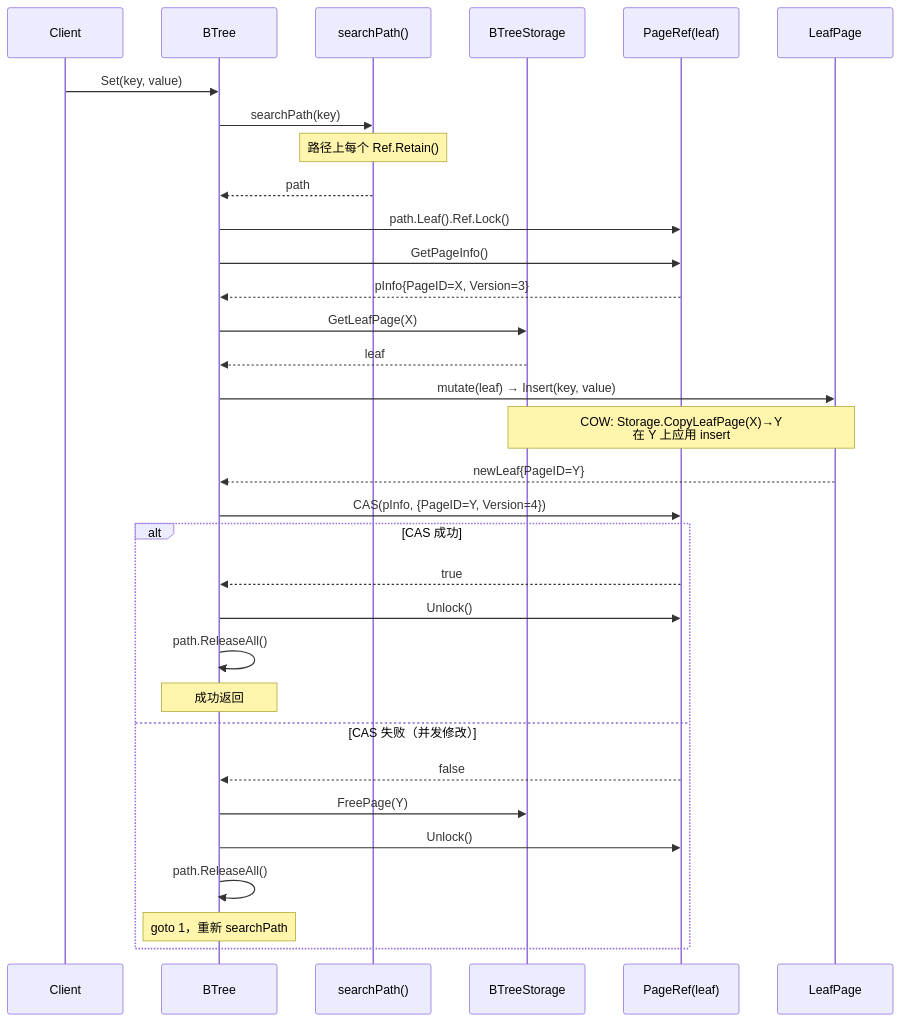
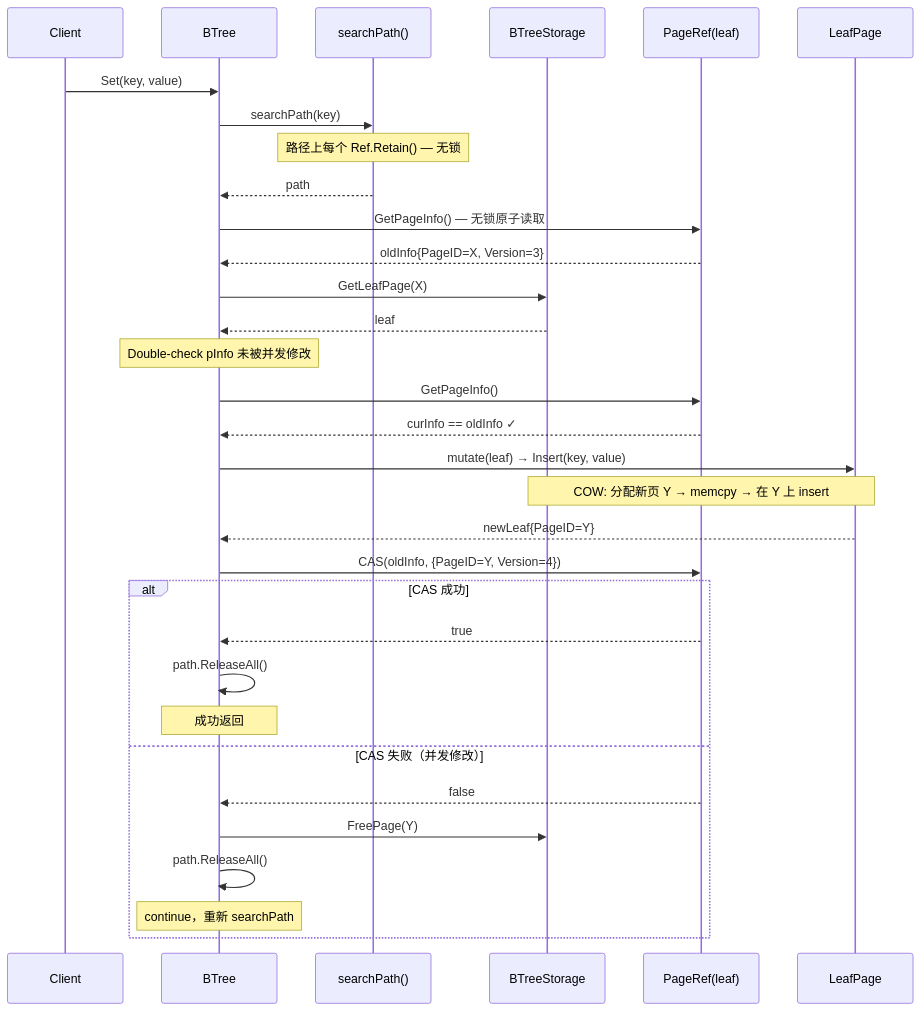
The first of 2 diagrams in docs/07_spike/btree-refactor/2026-04-02-btree-refactor-interface.md (jzhang405/NexKV), drawn with Mermaid before and after one commit. The commit also changed other lines of this file and 4 other files, not shown here.

First line of the commit message:
docs(btree): 更新 spike 文档反映 Phase 6.0 CAS 乐观锁改造

````diff
--- a/docs/07_spike/btree-refactor/2026-04-02-btree-refactor-interface.md
+++ b/docs/07_spike/btree-refactor/2026-04-02-btree-refactor-interface.md
@@ -467,40 +478,41 @@
 ```mermaid
 sequenceDiagram
     participant Client
     participant BTree
     participant SearchPath as searchPath()
     participant Storage as BTreeStorage
     participant LeafRef as PageRef(leaf)
     participant LeafPage as LeafPage
 
     Client->>BTree: Set(key, value)
     BTree->>SearchPath: searchPath(key)
-    Note over SearchPath: 路径上每个 Ref.Retain()
+    Note over SearchPath: 路径上每个 Ref.Retain() — 无锁
     SearchPath-->>BTree: path
 
-    BTree->>LeafRef: path.Leaf().Ref.Lock()
-    BTree->>LeafRef: GetPageInfo()
-    LeafRef-->>BTree: pInfo{PageID=X, Version=3}
+    BTree->>LeafRef: GetPageInfo() — 无锁原子读取
+    LeafRef-->>BTree: oldInfo{PageID=X, Version=3}
 
     BTree->>Storage: GetLeafPage(X)
     Storage-->>BTree: leaf
 
+    Note over BTree: Double-check pInfo 未被并发修改
+    BTree->>LeafRef: GetPageInfo()
+    LeafRef-->>BTree: curInfo == oldInfo ✓
+
     BTree->>LeafPage: mutate(leaf) → Insert(key, value)
-    Note over LeafPage,Storage: COW: Storage.CopyLeafPage(X)→Y<br/>在 Y 上应用 insert
+    Note over LeafPage,Storage: COW: 分配新页 Y → memcpy → 在 Y 上 insert
     LeafPage-->>BTree: newLeaf{PageID=Y}
 
-    BTree->>LeafRef: CAS(pInfo, {PageID=Y, Version=4})
+    BTree->>LeafRef: CAS(oldInfo, {PageID=Y, Version=4})
 
     alt CAS 成功
         LeafRef-->>BTree: true
-        BTree->>LeafRef: Unlock()
         BTree->>BTree: path.ReleaseAll()
         Note over BTree: 成功返回
     else CAS 失败（并发修改）
         LeafRef-->>BTree: false
         BTree->>Storage: FreePage(Y)
-        BTree->>LeafRef: Unlock()
         BTree->>BTree: path.ReleaseAll()
-        Note over BTree: goto 1，重新 searchPath
+        Note over BTree: continue，重新 searchPath
     end
 ```
````
